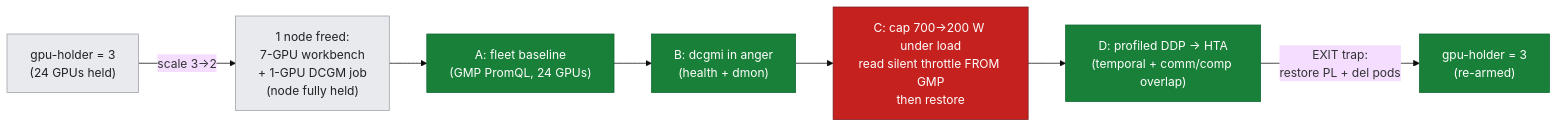
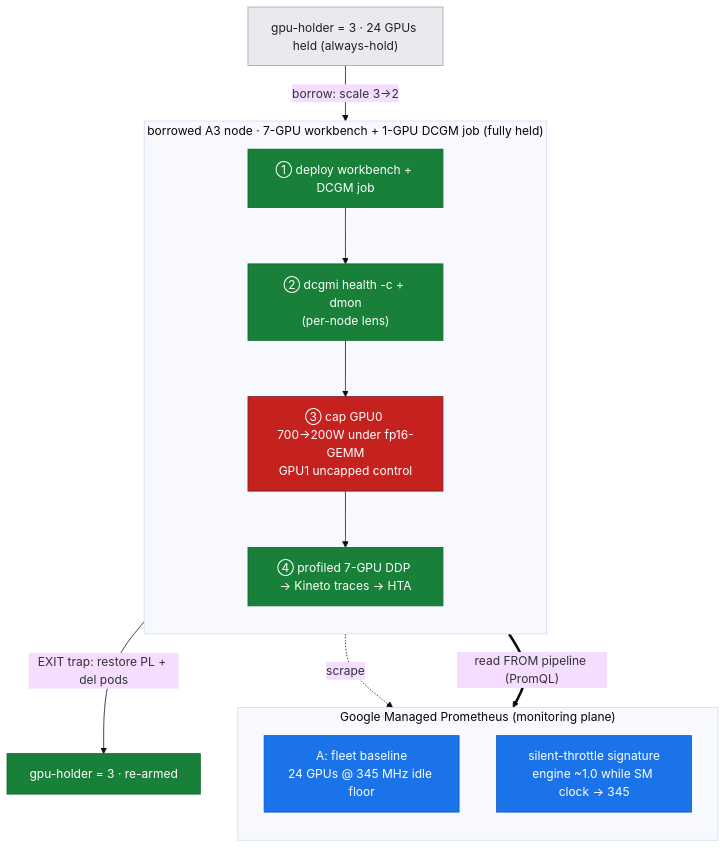
One commit to elideng-sg/hypercomputer-internode-deepdive changed the second of 2 diagrams in labs/lab-17-perf-monitoring-day2-ops/README.md. Above: the diagram before and after it, drawn with Mermaid (base theme). The commit also changed other lines of this file, not shown here.

First line of the commit message:
PILOT (lab-17): environment overview + architecture-combined step-flow

````diff
--- a/labs/lab-17-perf-monitoring-day2-ops/README.md
+++ b/labs/lab-17-perf-monitoring-day2-ops/README.md
@@ -45,13 +79,25 @@
 ```mermaid
-flowchart LR
-  H0["gpu-holder = 3<br/>(24 GPUs held)"] -->|"scale 3→2"| W["1 node freed:<br/>7-GPU workbench<br/>+ 1-GPU DCGM job<br/>(node fully held)"]
-  W --> PA["A: fleet baseline<br/>(GMP PromQL, 24 GPUs)"]
-  PA --> PB["B: dcgmi in anger<br/>(health + dmon)"]
-  PB --> PC["C: cap 700→200 W under load<br/>read silent throttle FROM GMP<br/>then restore"]
-  PC --> PD["D: profiled DDP → HTA<br/>(temporal + comm/comp overlap)"]
-  PD -->|"EXIT trap:<br/>restore PL + del pods"| R["gpu-holder = 3<br/>(re-armed)"]
+flowchart TB
+  H0["gpu-holder = 3 · 24 GPUs held (always-hold)"] -->|"borrow: scale 3→2"| S1
+  subgraph NODE["borrowed A3 node · 7-GPU workbench + 1-GPU DCGM job (fully held)"]
+    direction TB
+    S1["① deploy workbench + DCGM job"]
+    S2["② dcgmi health -c + dmon<br/>(per-node lens)"]
+    S3["③ cap GPU0 700→200W under fp16-GEMM<br/>GPU1 uncapped control"]
+    S4["④ profiled 7-GPU DDP → Kineto traces → HTA"]
+    S1 --> S2 --> S3 --> S4
+  end
+  subgraph GMPZ["Google Managed Prometheus (monitoring plane)"]
+    direction TB
+    A["A: fleet baseline<br/>24 GPUs @ 345 MHz idle floor"]
+    C["silent-throttle signature<br/>engine ~1.0 while SM clock → 345"]
+  end
+  S1 -.->|"scrape"| A
+  S3 ==>|"read FROM pipeline (PromQL)"| C
+  S4 -->|"EXIT trap: restore PL + del pods"| R["gpu-holder = 3 · re-armed"]
+  classDef meas fill:#1a73e8,stroke:#0b57d0,color:#ffffff;
   classDef ctx fill:#e8eaed,stroke:#9aa0a6,color:#202124;
   classDef good fill:#188038,stroke:#0d652d,color:#ffffff;
   classDef crit fill:#c5221f,stroke:#7a161c,color:#ffffff;
-  class H0,W ctx; class PA,PB,PD good; class PC crit; class R good;
+  class H0 ctx; class S1,S2,S4 good; class S3 crit; class A,C meas; class R good;
 ```
````
